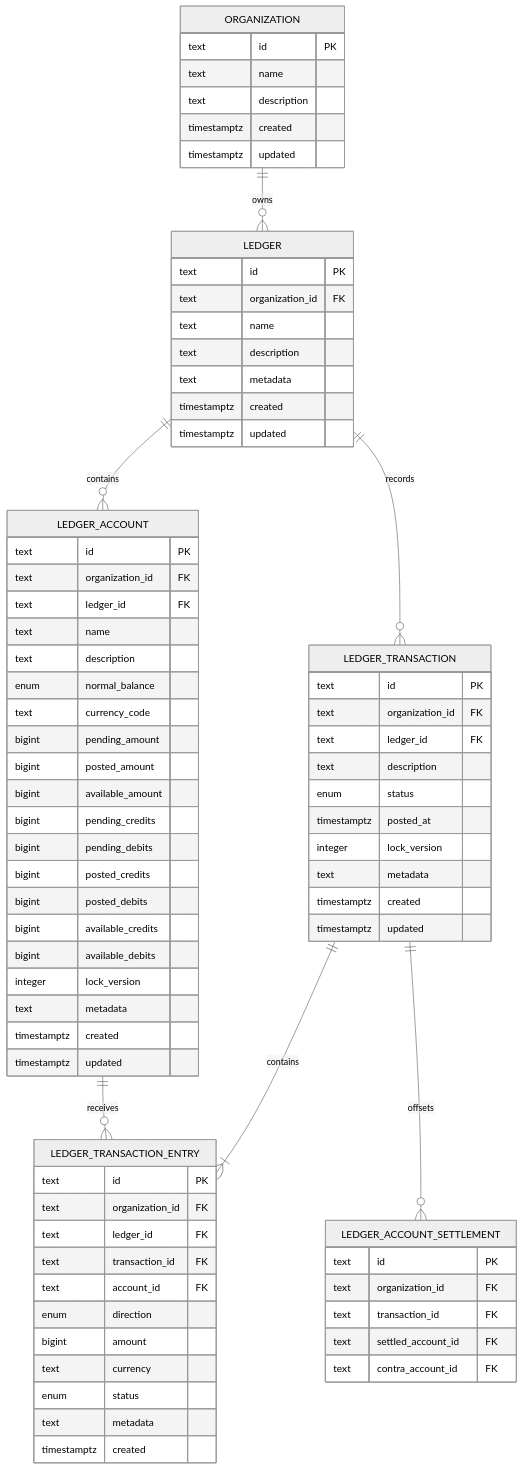
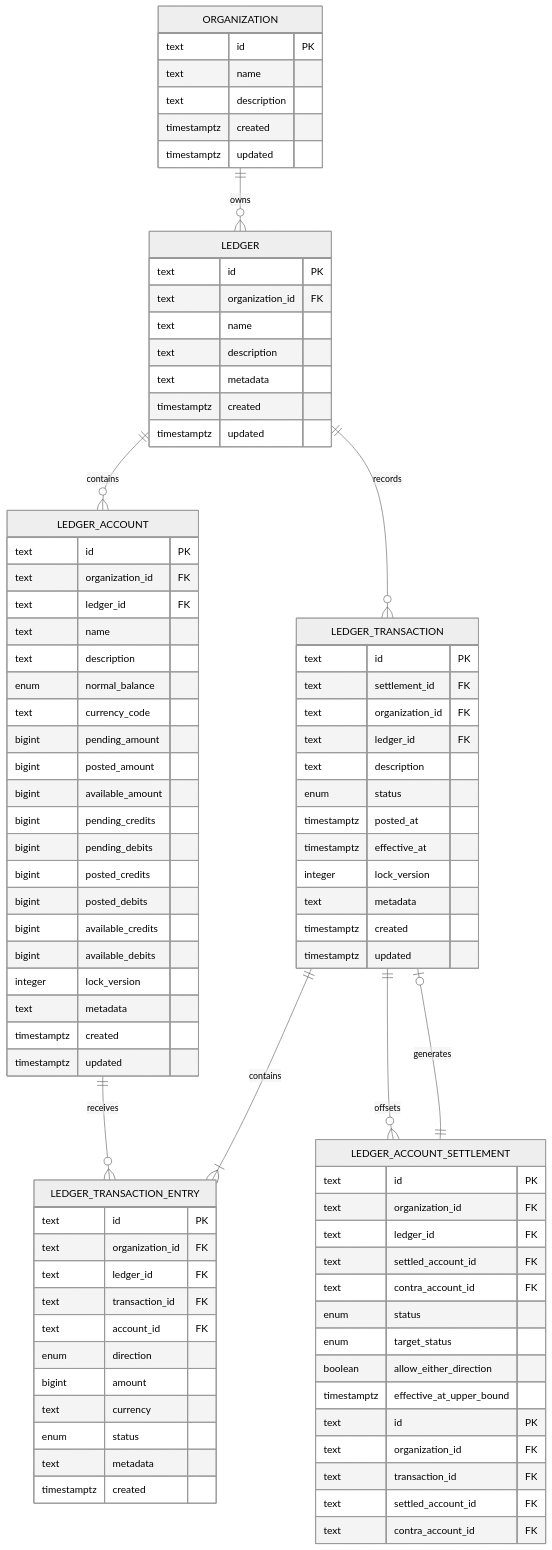
The diagram in apps/api/docs/product/erd.md (martinffx/exchequerio), drawn with Mermaid (neutral theme) before and after one commit. The commit also changed other lines of this file and 83 other files, not shown here.

```diff
--- a/apps/api/docs/product/erd.md
+++ b/apps/api/docs/product/erd.md
@@ -48,16 +48,32 @@
 
     LEDGER_TRANSACTION {
         text id PK
+        text settlement_id FK
         text organization_id FK
         text ledger_id FK
         text description
         enum status
         timestamptz posted_at
+        timestamptz effective_at
         integer lock_version
         text metadata
         timestamptz created
         timestamptz updated
     }
+
+    LEDGER_ACCOUNT_SETTLEMENT {
+        text id PK
+        text organization_id FK
+        text ledger_id FK
+        text settled_account_id FK
+        text contra_account_id FK
+        enum status
+        enum target_status
+        boolean allow_either_direction
+        timestamptz effective_at_upper_bound
+    }
+
+    LEDGER_ACCOUNT_SETTLEMENT ||--o| LEDGER_TRANSACTION : generates
 
     LEDGER_TRANSACTION_ENTRY {
         text id PK
```
